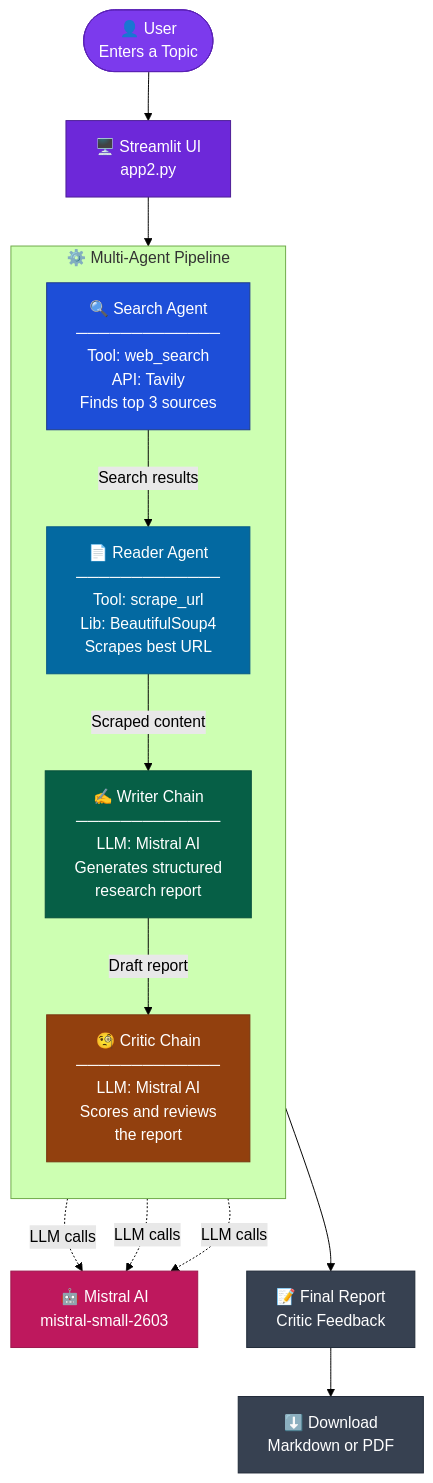
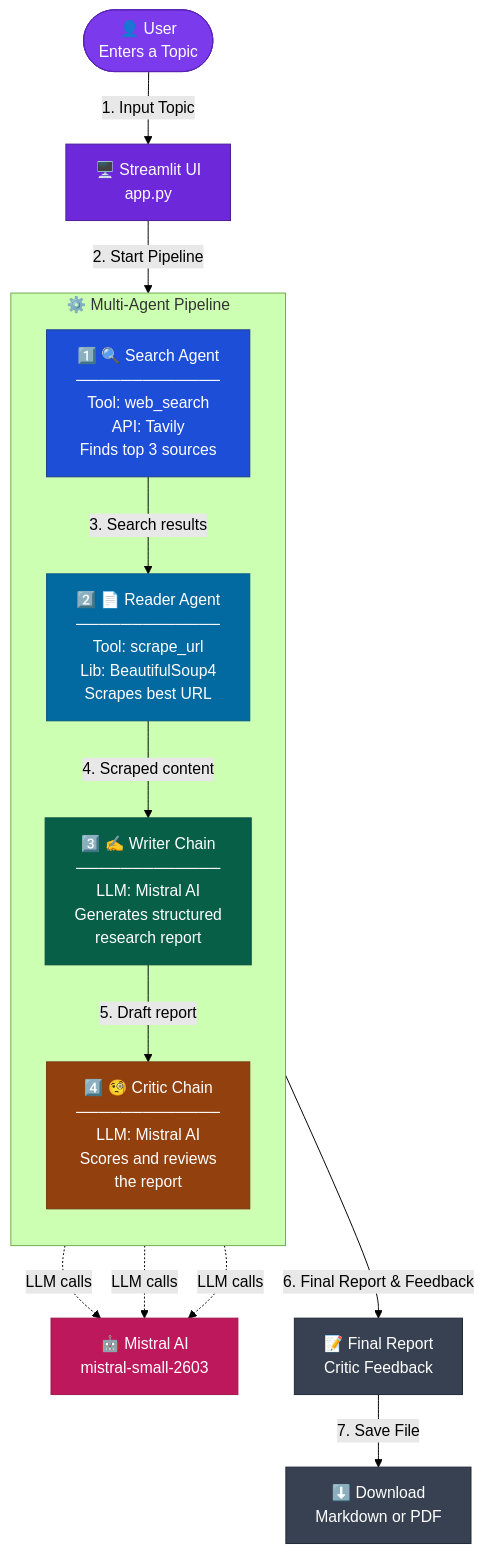
The diagram in README.md (armankhan8150/Multi-Agent-Research-Assistant), drawn with Mermaid (forest theme) before and after one commit. The commit also changed other lines of this file, not shown here.

Commit message:
Updated README file

````diff
--- a/README.md
+++ b/README.md
@@ -22,43 +22,43 @@
 ```mermaid
 flowchart TD
     User(["👤 User\nEnters a Topic"])
     style User fill:#7c3aed,color:#fff,stroke:#5b21b6
 
-    UI["🖥️ Streamlit UI\napp2.py"]
+    UI["🖥️ Streamlit UI\napp.py"]
     style UI fill:#6d28d9,color:#fff,stroke:#4c1d95
 
     subgraph Pipeline ["⚙️ Multi-Agent Pipeline"]
         direction TB
 
-        A["🔍 Search Agent\n─────────────\nTool: web_search\nAPI: Tavily\nFinds top 3 sources"]
+        A["1️⃣ 🔍 Search Agent\n─────────────\nTool: web_search\nAPI: Tavily\nFinds top 3 sources"]
         style A fill:#1d4ed8,color:#fff,stroke:#1e3a8a
 
-        B["📄 Reader Agent\n─────────────\nTool: scrape_url\nLib: BeautifulSoup4\nScrapes best URL"]
+        B["2️⃣ 📄 Reader Agent\n─────────────\nTool: scrape_url\nLib: BeautifulSoup4\nScrapes best URL"]
         style B fill:#0369a1,color:#fff,stroke:#075985
 
-        C["✍️ Writer Chain\n─────────────\nLLM: Mistral AI\nGenerates structured\nresearch report"]
+        C["3️⃣ ✍️ Writer Chain\n─────────────\nLLM: Mistral AI\nGenerates structured\nresearch report"]
         style C fill:#065f46,color:#fff,stroke:#064e3b
 
-        D["🧐 Critic Chain\n─────────────\nLLM: Mistral AI\nScores and reviews\nthe report"]
+        D["4️⃣ 🧐 Critic Chain\n─────────────\nLLM: Mistral AI\nScores and reviews\nthe report"]
         style D fill:#92400e,color:#fff,stroke:#78350f
 
-        A -->|"Search results"| B
-        B -->|"Scraped content"| C
-        C -->|"Draft report"| D
+        A -->|"3. Search results"| B
+        B -->|"4. Scraped content"| C
+        C -->|"5. Draft report"| D
     end
 
     M["🤖 Mistral AI\nmistral-small-2603"]
     style M fill:#be185d,color:#fff,stroke:#9d174d
 
     R["📝 Final Report\nCritic Feedback"]
     style R fill:#374151,color:#fff,stroke:#1f2937
 
     DL["⬇️ Download\nMarkdown or PDF"]
     style DL fill:#374151,color:#fff,stroke:#1f2937
 
-    User --> UI
-    UI --> Pipeline
+    User -->|"1. Input Topic"| UI
+    UI -->|"2. Start Pipeline"| A
     A & C & D -.->|"LLM calls"| M
-    D --> R
-    R --> DL
+    D -->|"6. Final Report & Feedback"| R
+    R -->|"7. Save File"| DL
 ```
````
